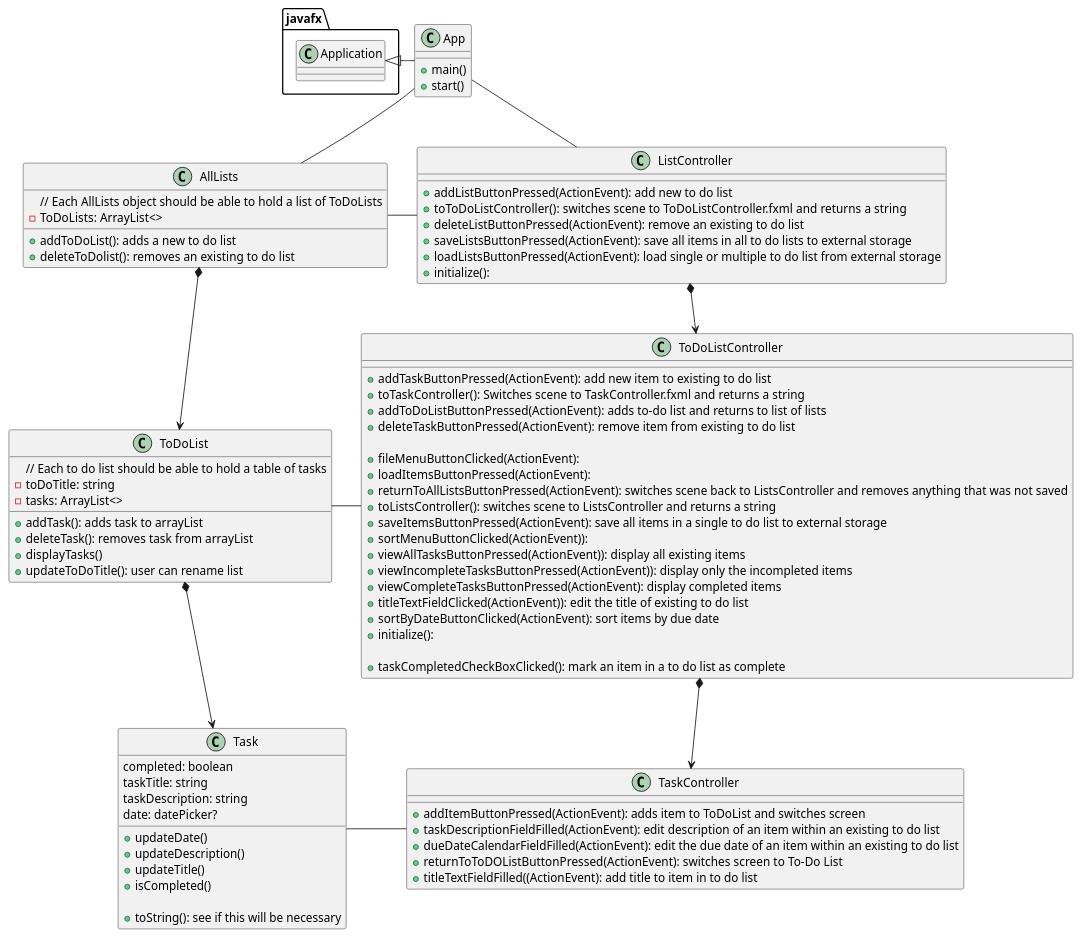
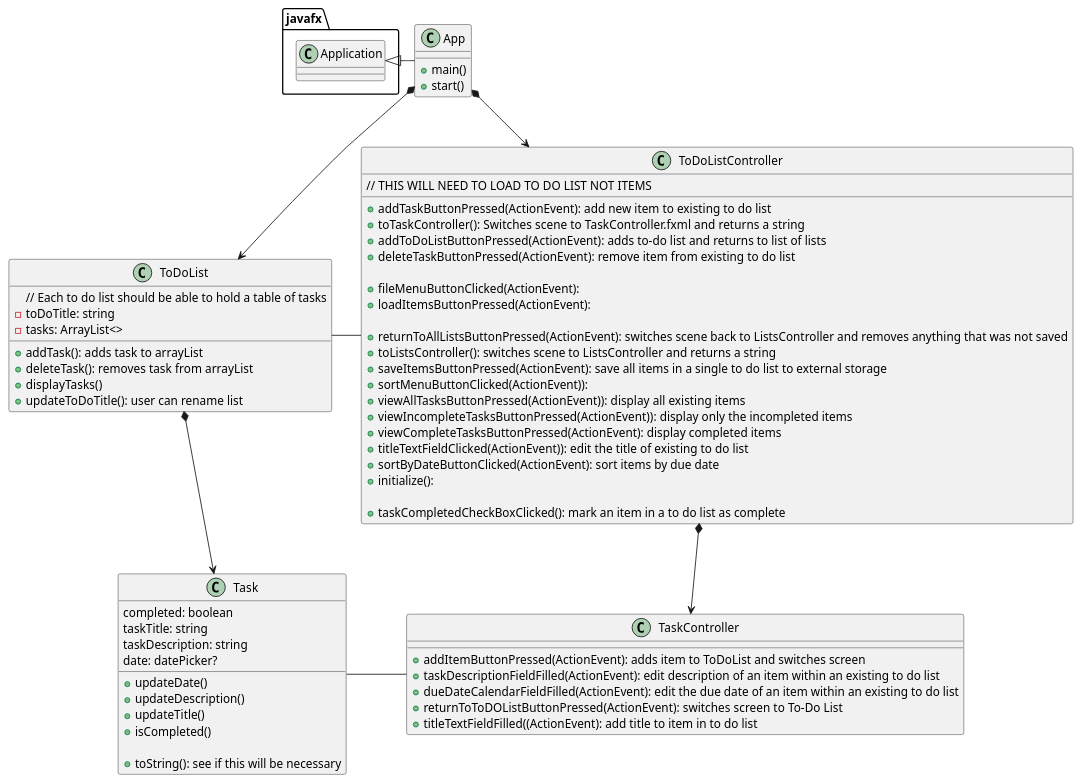
Before and after one commit to savosburn/To-Do-List-with-GUI: the diagram in uml/ToDoList.puml, drawn with PlantUML. The commit also changed 9 other files, not shown here.

Commit message:
Removed ability to have more than one ToDoList (deleted AllLists class, ListsController, and updated ToDoList.puml)

```diff
--- a/uml/ToDoList.puml
+++ b/uml/ToDoList.puml
@@ -1,97 +1,80 @@
 @startuml
 'https://plantuml.com/sequence-diagram
 
 class App {
     + main()
     + start()
-}
-
-class AllLists {
-    // Each AllLists object should be able to hold a list of ToDoLists
-    - ToDoLists: ArrayList<>
-
-    + addToDoList(): adds a new to do list
-    + deleteToDolist(): removes an existing to do list
 }
 
 class ToDoList {
     // Each to do list should be able to hold a table of tasks
     - toDoTitle: string
     - tasks: ArrayList<>
 
     + addTask(): adds task to arrayList
     + deleteTask(): removes task from arrayList
     + displayTasks()
     + updateToDoTitle(): user can rename list
 
 }
 
 class Task {
     completed: boolean
     taskTitle: string
     taskDescription: string
     date: datePicker?
 
     + updateDate()
     + updateDescription()
     + updateTitle()
     + isCompleted()
 
     + toString(): see if this will be necessary
 }
 
-class ListController {
-    + addListButtonPressed(ActionEvent): add new to do list
-    + toToDoListController(): switches scene to ToDoListController.fxml and returns a string
-    + deleteListButtonPressed(ActionEvent): remove an existing to do list
-    + saveListsButtonPressed(ActionEvent): save all items in all to do lists to external storage
-    + loadListsButtonPressed(ActionEvent): load single or multiple to do list from external storage
-    + initialize():
-}
-
 class ToDoListController {
     + addTaskButtonPressed(ActionEvent): add new item to existing to do list
     + toTaskController(): Switches scene to TaskController.fxml and returns a string
     + addToDoListButtonPressed(ActionEvent): adds to-do list and returns to list of lists
     + deleteTaskButtonPressed(ActionEvent): remove item from existing to do list
 
     + fileMenuButtonClicked(ActionEvent):
+
+    // THIS WILL NEED TO LOAD TO DO LIST NOT ITEMS
     + loadItemsButtonPressed(ActionEvent):
+
     + returnToAllListsButtonPressed(ActionEvent): switches scene back to ListsController and removes anything that was not saved
     + toListsController(): switches scene to ListsController and returns a string
     + saveItemsButtonPressed(ActionEvent): save all items in a single to do list to external storage
     + sortMenuButtonClicked(ActionEvent)):
            + viewAllTasksButtonPressed(ActionEvent)): display all existing items
            + viewIncompleteTasksButtonPressed(ActionEvent)): display only the incompleted items
            + viewCompleteTasksButtonPressed(ActionEvent): display completed items
     + titleTextFieldClicked(ActionEvent)): edit the title of existing to do list
     + sortByDateButtonClicked(ActionEvent): sort items by due date
     + initialize():
 
     + taskCompletedCheckBoxClicked(): mark an item in a to do list as complete
 
 }
 
 class TaskController {
     + addItemButtonPressed(ActionEvent): adds item to ToDoList and switches screen
     + taskDescriptionFieldFilled(ActionEvent): edit description of an item within an existing to do list
     + dueDateCalendarFieldFilled(ActionEvent): edit the due date of an item within an existing to do list
     + returnToToDOListButtonPressed(ActionEvent): switches screen to To-Do List
     + titleTextFieldFilled((ActionEvent): add title to item in to do list
 }
 
 
 
 
 javafx.Application <|- App
-App -- ListController
-App -- AllLists
-ListController *--> ToDoListController
+App *--> ToDoListController
+App *--> ToDoList
 ToDoListController *--> TaskController
-AllLists *--> ToDoList
 ToDoList *--> Task
-AllLists - ListController
 ToDoList - ToDoListController
 Task - TaskController
 
 @enduml
```
